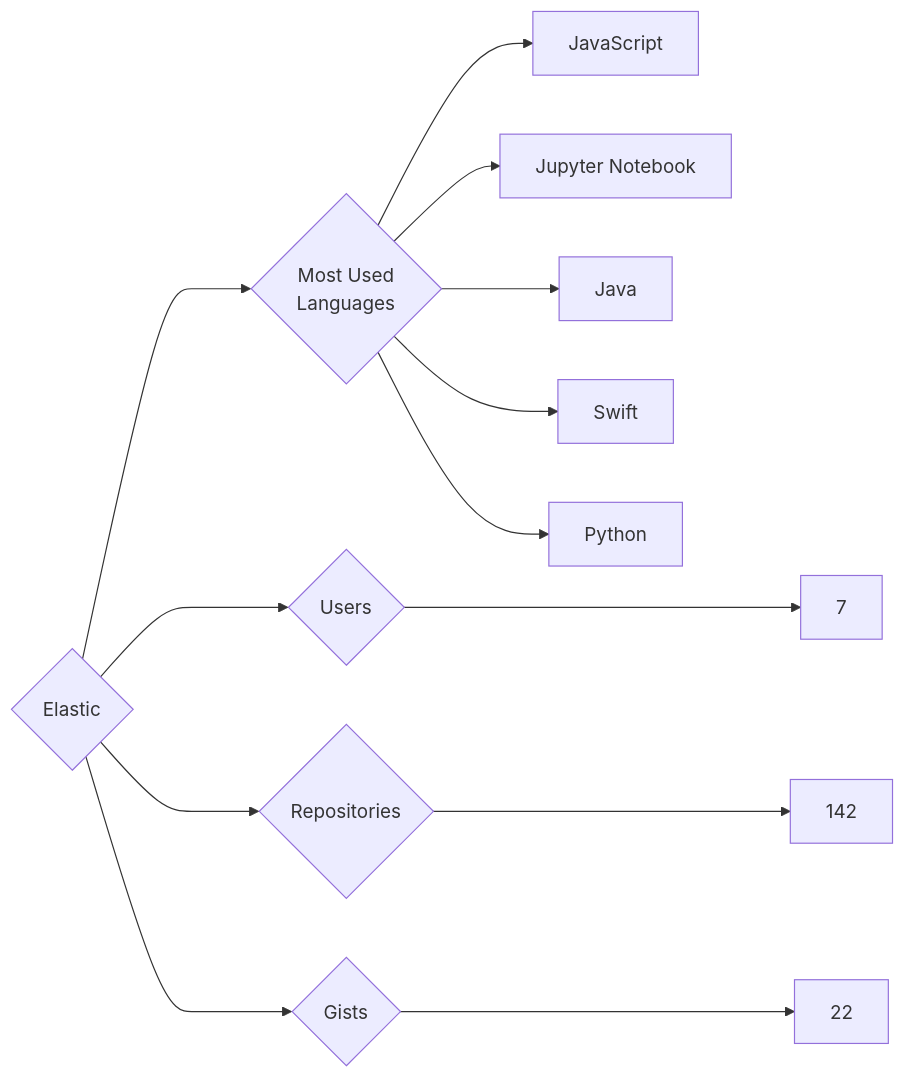
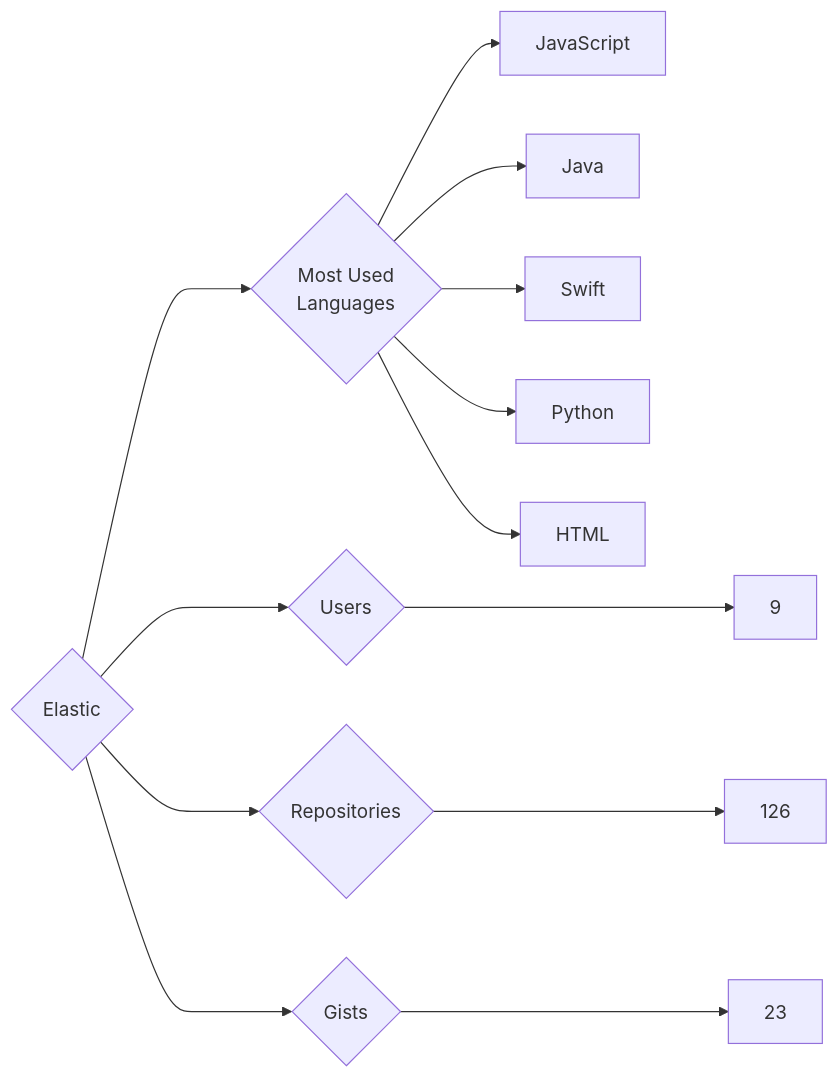
Before and after one commit to trickest/insiders: the diagram in targets/Elastic/README.md, drawn with Mermaid. The commit also changed 1120 other files, not shown here.

````diff
--- a/targets/Elastic/README.md
+++ b/targets/Elastic/README.md
@@ -3,13 +3,13 @@
 ```mermaid
 graph LR
 COMPANY_NAME{Elastic}
-COMPANY_NAME ---> U{Users} ---> UN[7]
-COMPANY_NAME ---> R{Repositories} ---> RN[142]
-COMPANY_NAME ---> G{Gists} ---> GN[22]
+COMPANY_NAME ---> U{Users} ---> UN[9]
+COMPANY_NAME ---> R{Repositories} ---> RN[126]
+COMPANY_NAME ---> G{Gists} ---> GN[23]
 COMPANY_NAME ---> ML{Most Used<br>Languages}
 ML --> JavaScript[JavaScript]
-ML --> Jupyter_Notebook[Jupyter Notebook]
 ML --> Java[Java]
 ML --> Swift[Swift]
 ML --> Python[Python]
+ML --> HTML[HTML]
 ```
````
